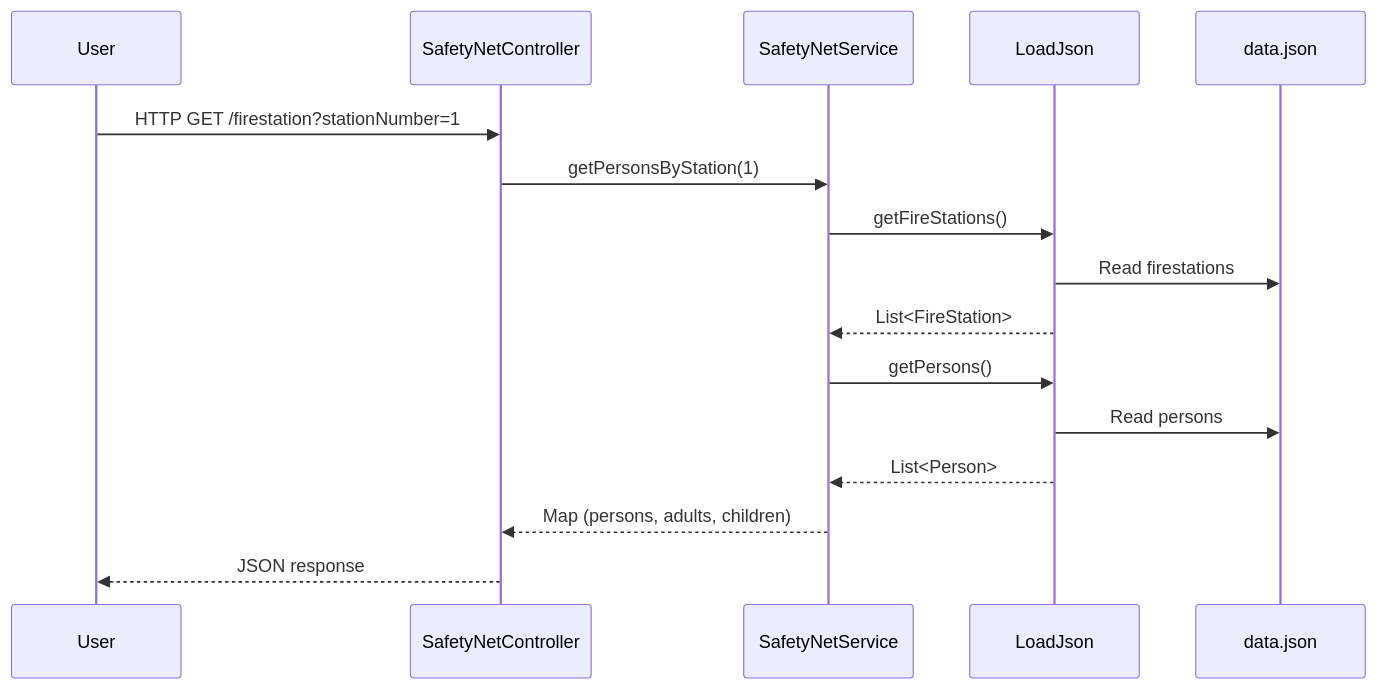
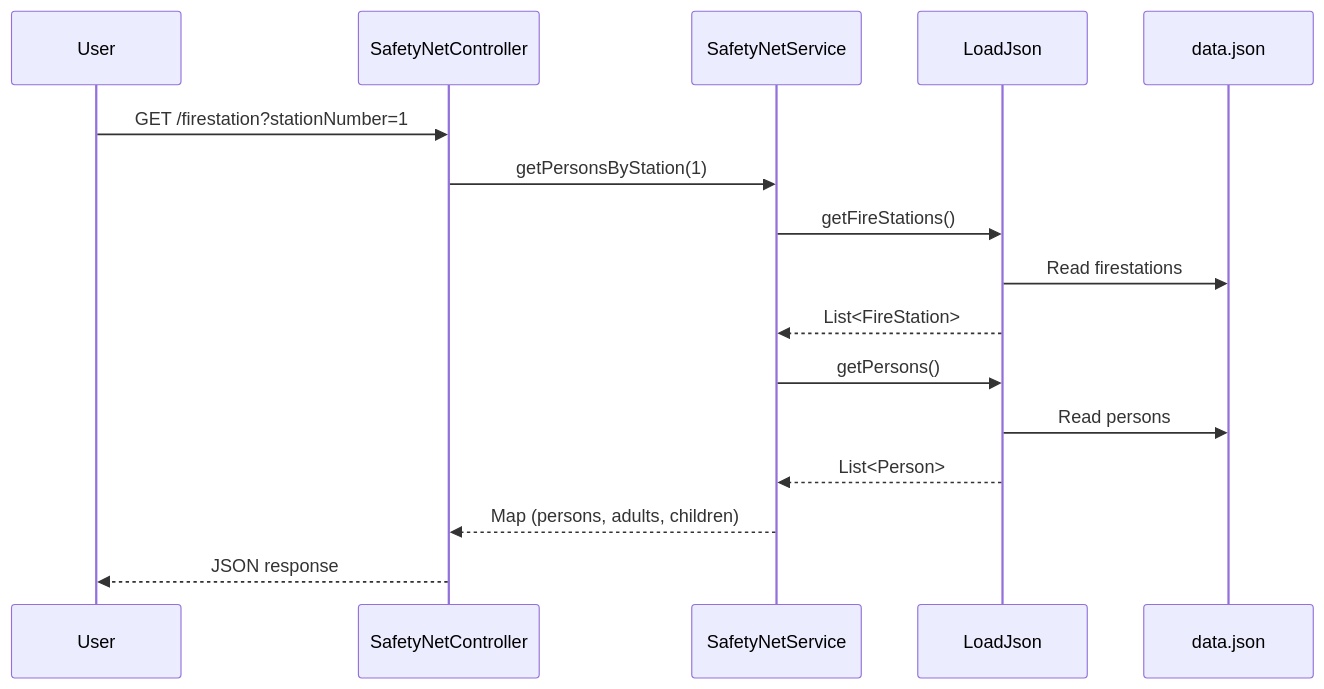
Before and after one commit to Kevin-Balderrama/safetynet: the first of 8 diagrams in README.md, drawn with Mermaid. The commit also changed other lines of this file, not shown here.

Commit message:
attempted to creat diagrams for each request

````diff
--- a/README.md
+++ b/README.md
@@ -117,19 +38,19 @@
 ```mermaid
 sequenceDiagram
     participant User
     participant Controller as SafetyNetController
     participant Service as SafetyNetService
     participant Repository as LoadJson
     participant Data as data.json
 
-    User->>Controller: HTTP GET /firestation?stationNumber=1
+    User->>Controller: GET /firestation?stationNumber=1
     Controller->>Service: getPersonsByStation(1)
     Service->>Repository: getFireStations()
     Repository->>Data: Read firestations
     Repository-->>Service: List<FireStation>
     Service->>Repository: getPersons()
     Repository->>Data: Read persons
     Repository-->>Service: List<Person>
     Service-->>Controller: Map (persons, adults, children)
     Controller-->>User: JSON response
 ```
````
